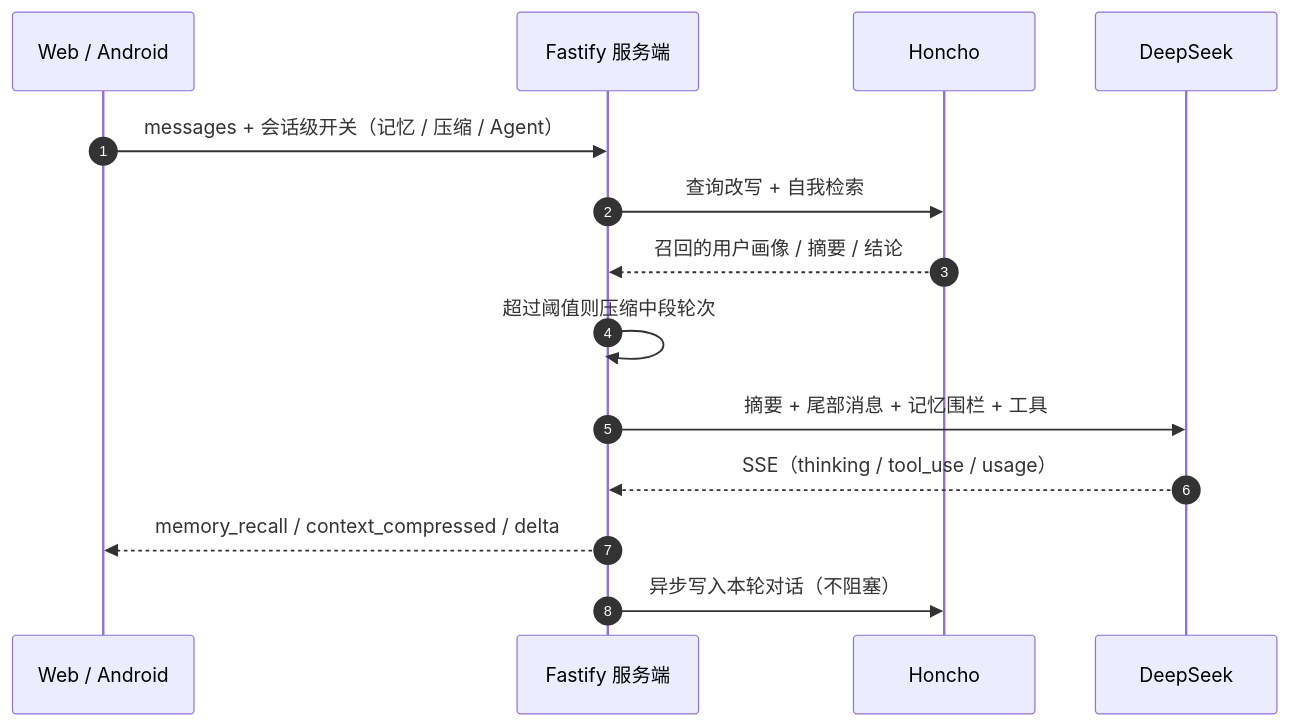
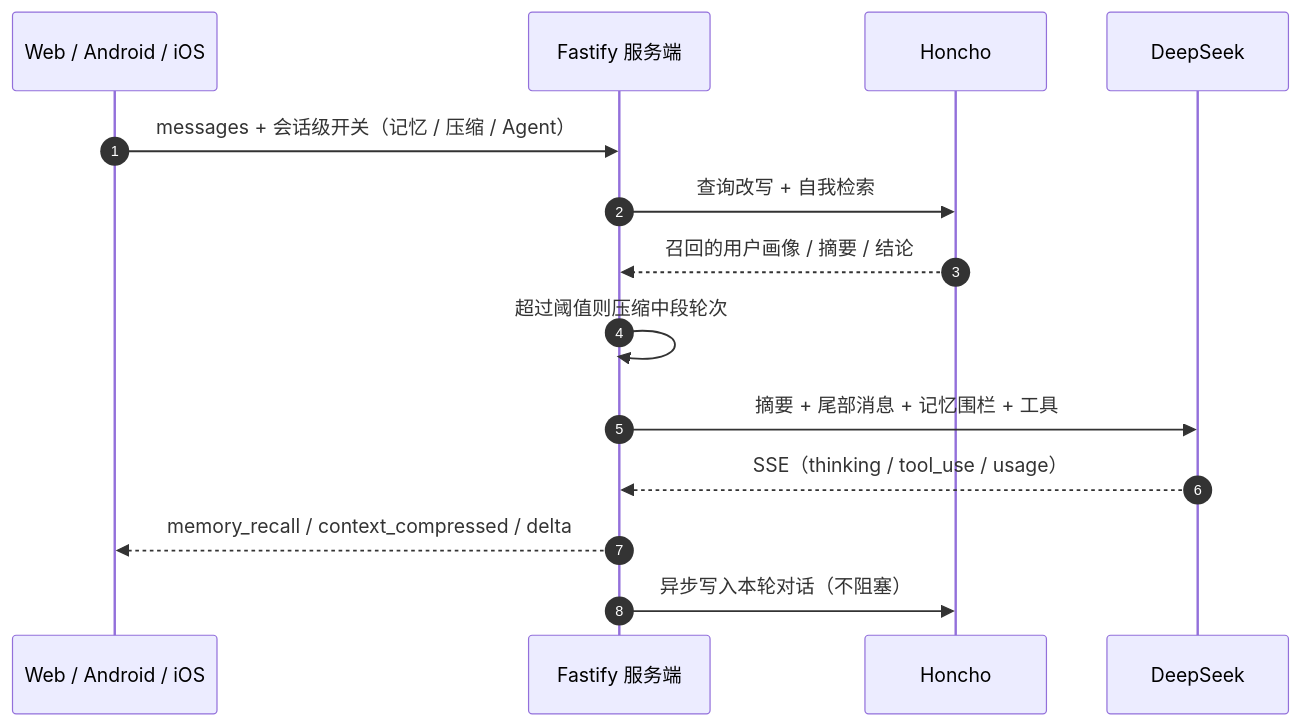
Before and after one commit to TTStick/deepseek-api-ui: the third of 4 diagrams in README.md, drawn with Mermaid. The commit also changed other lines of this file and 4 other files, not shown here.

````diff
--- a/README.md
+++ b/README.md
@@ -166,17 +228,17 @@
 ```mermaid
 sequenceDiagram
   autonumber
-  participant C as Web / Android
+  participant C as Web / Android / iOS
   participant S as Fastify 服务端
   participant H as Honcho
   participant D as DeepSeek
 
   C->>S: messages + 会话级开关（记忆 / 压缩 / Agent）
   S->>H: 查询改写 + 自我检索
   H-->>S: 召回的用户画像 / 摘要 / 结论
   S->>S: 超过阈值则压缩中段轮次
   S->>D: 摘要 + 尾部消息 + 记忆围栏 + 工具
   D-->>S: SSE（thinking / tool_use / usage）
   S-->>C: memory_recall / context_compressed / delta
   S->>H: 异步写入本轮对话（不阻塞）
 ```
````
